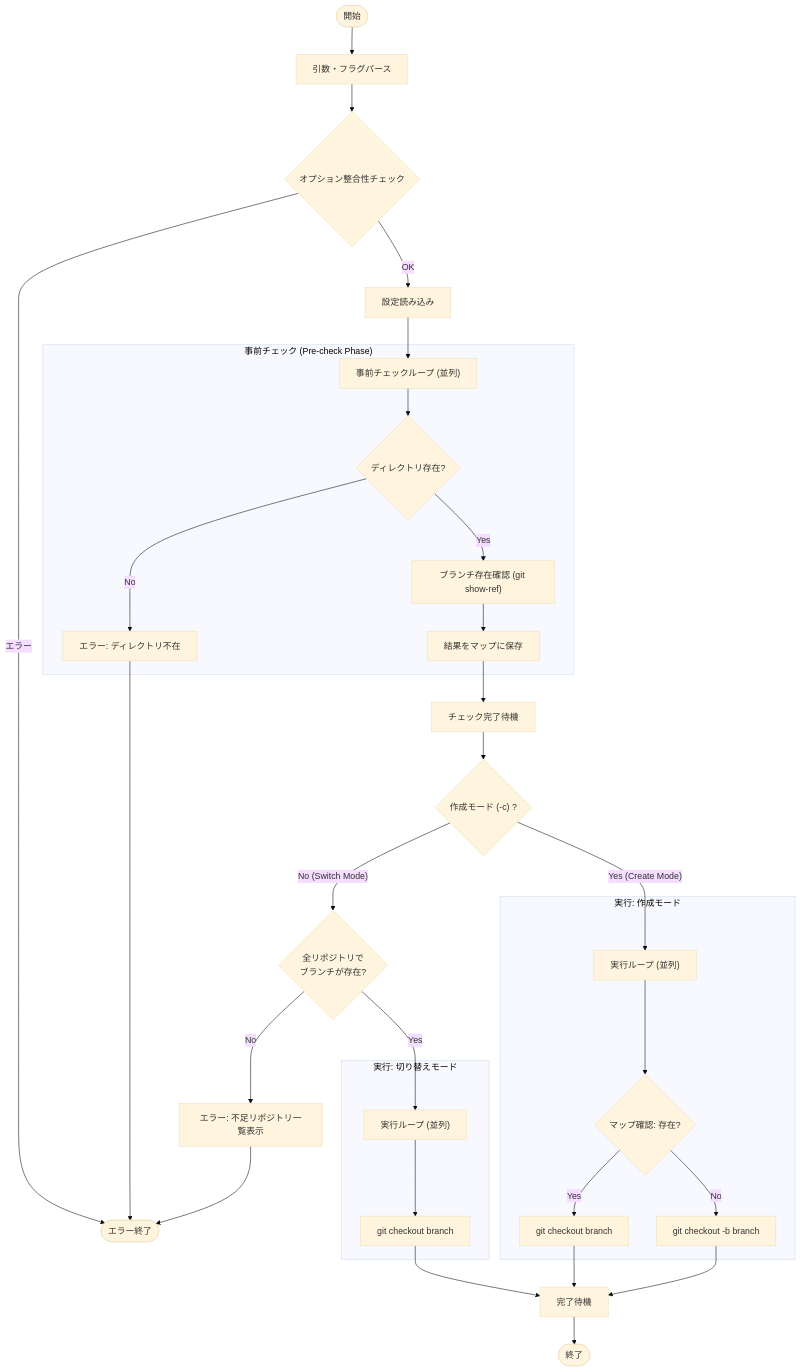
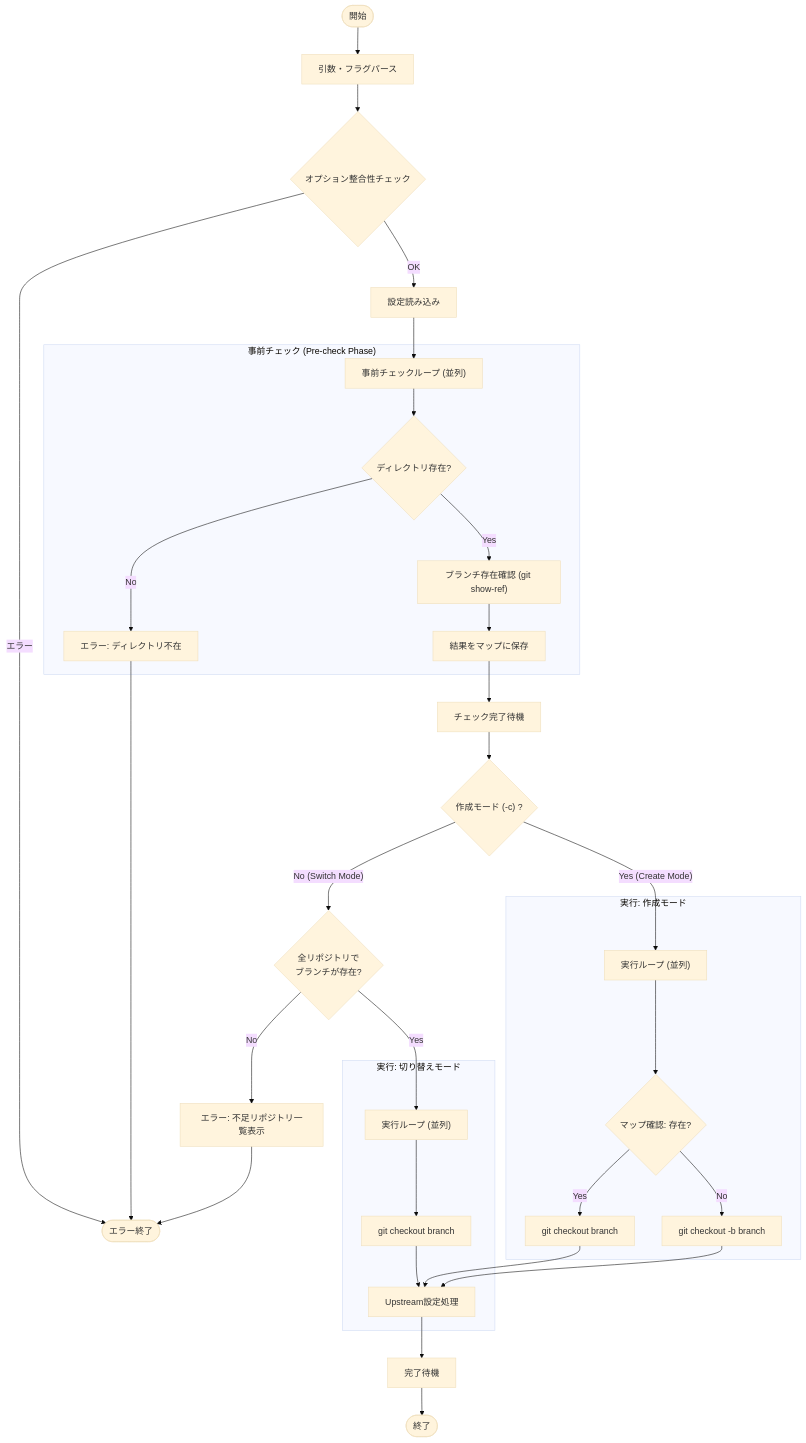
One commit to keiji/mistletoe changed the diagram in docs/internal/app/switch.md. Above: the diagram before and after it, drawn with Mermaid (base theme). The commit also changed other lines of this file and 3 other files, not shown here.

First line of the commit message:
feat: set upstream automatically on switch and push

````diff
--- a/docs/internal/app/switch.md
+++ b/docs/internal/app/switch.md
@@ -39,43 +41,44 @@
 ```mermaid
 flowchart TD
     Start(["開始"]) --> ParseArgs["引数・フラグパース"]
     ParseArgs --> ValidateFlags{"オプション整合性チェック"}
     ValidateFlags -- "エラー" --> ErrorExit(["エラー終了"])
     ValidateFlags -- "OK" --> LoadConfig["設定読み込み"]
 
     LoadConfig --> PreCheckLoop["事前チェックループ (並列)"]
 
     subgraph "事前チェック (Pre-check Phase)"
         PreCheckLoop --> CheckDir{"ディレクトリ存在?"}
         CheckDir -- No --> ErrorDir["エラー: ディレクトリ不在"]
         CheckDir -- Yes --> CheckBranch["ブランチ存在確認 (git show-ref)"]
         CheckBranch --> StoreResult["結果をマップに保存"]
     end
     ErrorDir --> ErrorExit(["エラー終了"])
 
     StoreResult --> WaitPreCheck["チェック完了待機"]
     WaitPreCheck --> CheckMode{"作成モード (-c) ?"}
 
     CheckMode -- No (Switch Mode) --> VerifyAll{"全リポジトリで\nブランチが存在?"}
     VerifyAll -- No --> ReportMissing["エラー: 不足リポジトリ一覧表示"]
     ReportMissing --> ErrorExit
 
     VerifyAll -- Yes --> ExecLoopSwitch["実行ループ (並列)"]
 
     subgraph "実行: 切り替えモード"
         ExecLoopSwitch --> GitCheckout["git checkout branch"]
+        GitCheckout --> SetUpstream["Upstream設定処理"]
     end
 
     CheckMode -- Yes (Create Mode) --> ExecLoopCreate["実行ループ (並列)"]
 
     subgraph "実行: 作成モード"
         ExecLoopCreate --> CheckMap{"マップ確認: 存在?"}
         CheckMap -- Yes --> SwitchOnly["git checkout branch"]
         CheckMap -- No --> CreateAndSwitch["git checkout -b branch"]
+        SwitchOnly --> SetUpstream
+        CreateAndSwitch --> SetUpstream
     end
 
-    GitCheckout --> WaitExec["完了待機"]
-    SwitchOnly --> WaitExec
-    CreateAndSwitch --> WaitExec
+    SetUpstream --> WaitExec["完了待機"]
     WaitExec --> Stop(["終了"])
 ```
````
